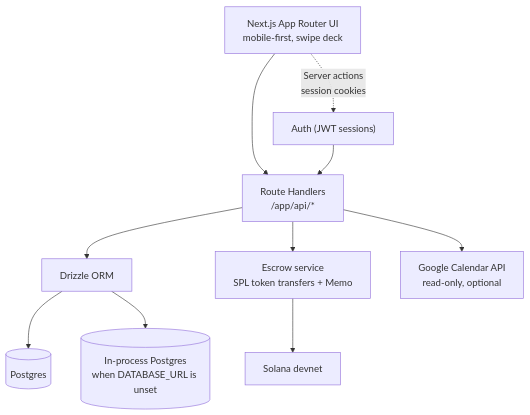
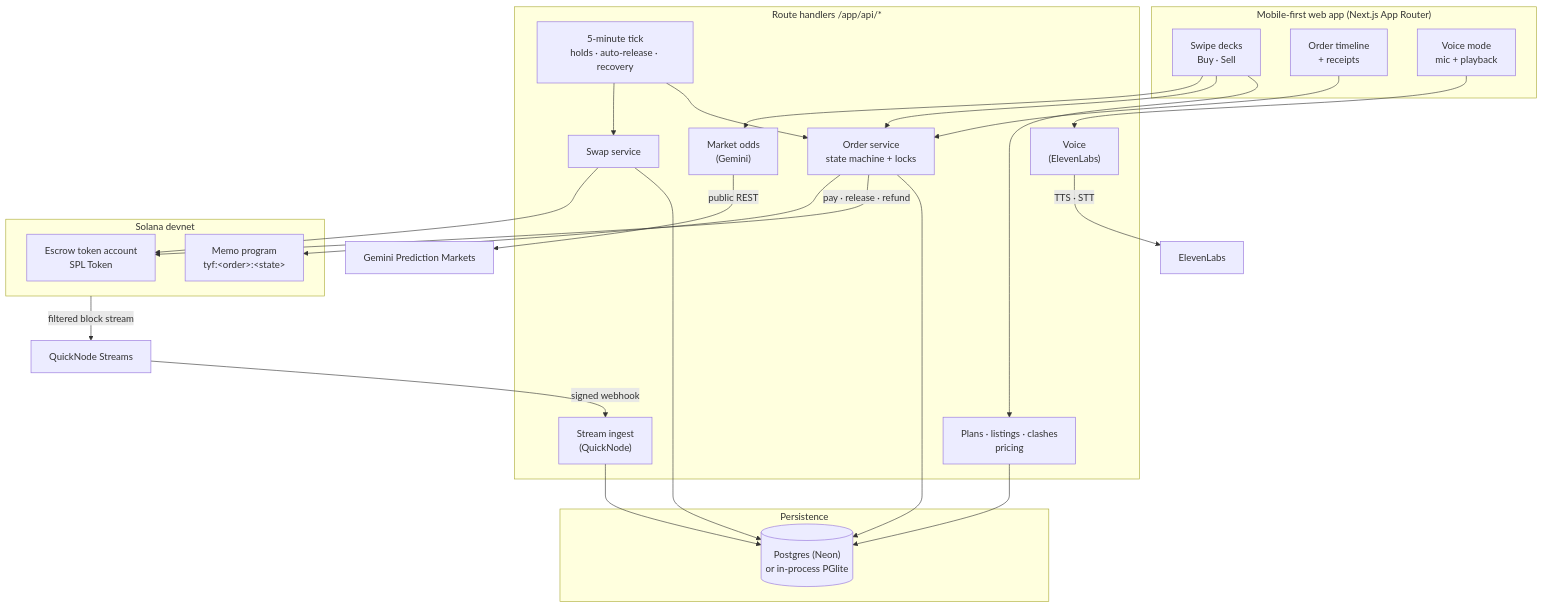
The first of 3 diagrams in README.md (valani9/trade-your-future), drawn with Mermaid before and after one commit. The commit also changed other lines of this file and 2 other files, not shown here.

Commit message:
Explain the product and its architecture in the README, cover the new integrations

````diff
--- a/README.md
+++ b/README.md
@@ -23,12 +62,46 @@
 ```mermaid
 flowchart TD
-  UI["Next.js App Router UI<br/>mobile-first, swipe deck"] --> RH["Route Handlers<br/>/app/api/*"]
-  RH --> DB["Drizzle ORM"]
-  DB --> PG[(Postgres)]
-  DB --> PG2[(In-process Postgres<br/>when DATABASE_URL is unset)]
-  RH --> SOL["Escrow service<br/>SPL token transfers + Memo"]
-  SOL --> DEV["Solana devnet"]
-  RH --> GCal["Google Calendar API<br/>read-only, optional"]
-  UI -. "Server actions<br/>session cookies" .-> AUTH["Auth (JWT sessions)"]
-  AUTH --> RH
+  subgraph Client["Mobile-first web app (Next.js App Router)"]
+    Deck["Swipe decks<br/>Buy · Sell"]
+    Timeline["Order timeline<br/>+ receipts"]
+    Voice["Voice mode<br/>mic + playback"]
+  end
+
+  subgraph Server["Route handlers /app/api/*"]
+    Orders["Order service<br/>state machine + locks"]
+    Plans["Plans · listings · clashes<br/>pricing"]
+    Swaps["Swap service"]
+    Markets["Market odds<br/>(Gemini)"]
+    VoiceAPI["Voice<br/>(ElevenLabs)"]
+    Streams["Stream ingest<br/>(QuickNode)"]
+    Cron["5-minute tick<br/>holds · auto-release · recovery"]
+  end
+
+  subgraph Data["Persistence"]
+    PG[("Postgres (Neon)<br/>or in-process PGlite")]
+  end
+
+  subgraph Chain["Solana devnet"]
+    Escrow["Escrow token account<br/>SPL Token"]
+    Memo["Memo program<br/>tyf:&lt;order&gt;:&lt;state&gt;"]
+  end
+
+  Deck --> Plans
+  Deck --> Orders
+  Deck --> Markets
+  Voice --> VoiceAPI
+  Timeline --> Orders
+  Orders --> PG
+  Plans --> PG
+  Swaps --> PG
+  Orders -->|"pay · release · refund"| Escrow
+  Orders --> Memo
+  Swaps --> Escrow
+  Cron --> Orders
+  Cron --> Swaps
+  Markets -->|"public REST"| Gemini["Gemini Prediction Markets"]
+  VoiceAPI -->|"TTS · STT"| Eleven["ElevenLabs"]
+  Chain -->|"filtered block stream"| QN["QuickNode Streams"]
+  QN -->|"signed webhook"| Streams
+  Streams --> PG
 ```
````
